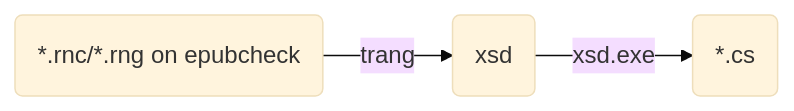
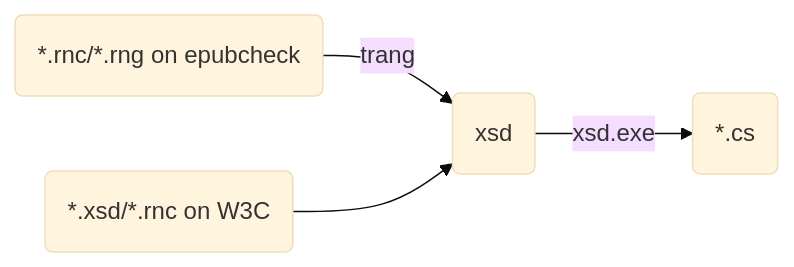
One commit to kurema/EpubLibrary changed the first of 3 diagrams in README.md. Above: the diagram before and after it, drawn with Mermaid (base theme).

````diff
--- a/README.md
+++ b/README.md
@@ -11,5 +11,6 @@
 ```mermaid
 graph LR
   A(*.rnc/*.rng on epubcheck) -- trang --> B(xsd)
+  D(*.xsd/*.rnc on W3C) --> B
   B -- xsd.exe --> C(*.cs)
 ```
````
